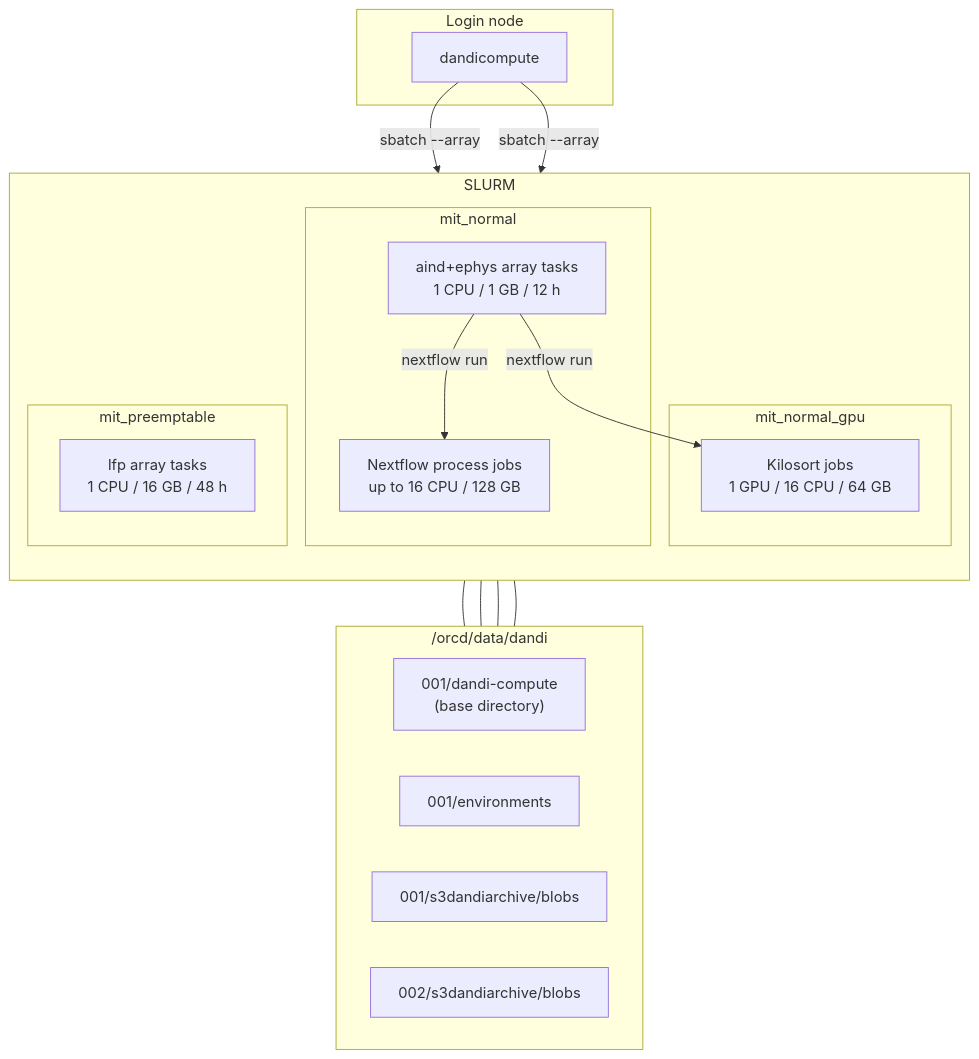
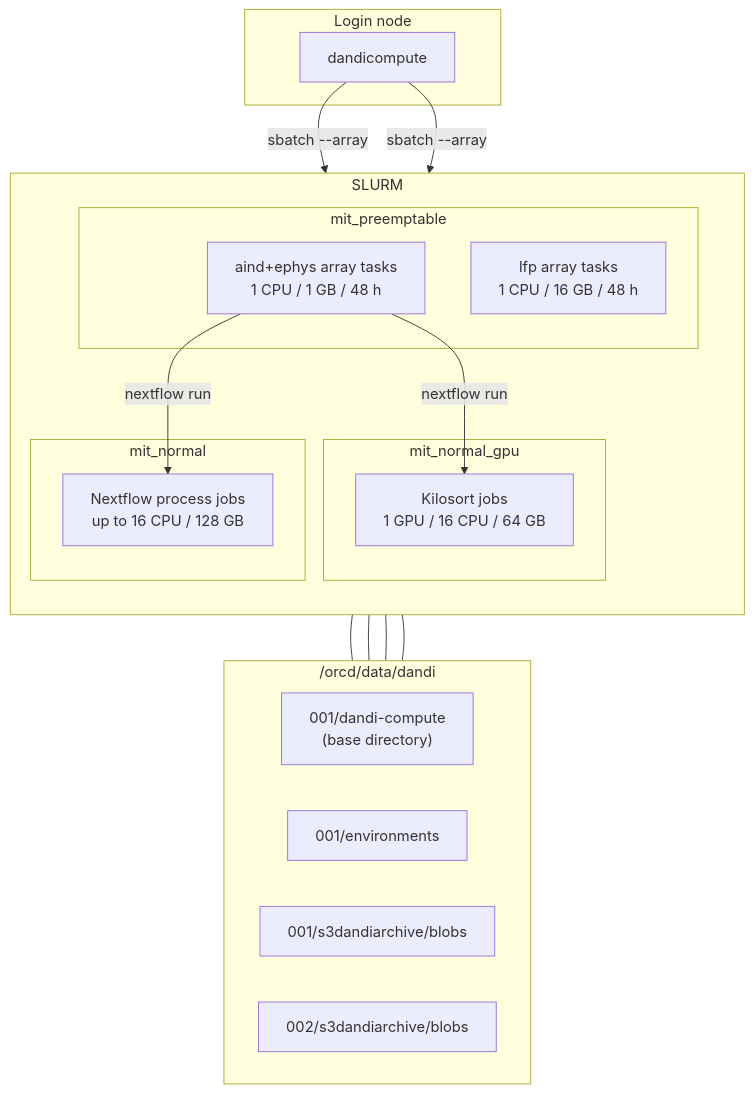
Before and after one commit to dandi-compute/dandi-compute-core: the diagram in docs/infrastructure.md, drawn with Mermaid. The commit also changed other lines of this file and 13 other files, not shown here.

````diff
--- a/docs/infrastructure.md
+++ b/docs/infrastructure.md
@@ -7,32 +7,32 @@
 ```mermaid
 flowchart TB
     subgraph login["Login node"]
         CLI["dandicompute"]
     end
 
     subgraph slurm["SLURM"]
         direction TB
         subgraph normal["mit_normal"]
-            AARR["aind+ephys array tasks<br/>1 CPU / 1 GB / 12 h"]
             NF["Nextflow process jobs<br/>up to 16 CPU / 128 GB"]
         end
         subgraph gpu["mit_normal_gpu"]
             KS["Kilosort jobs<br/>1 GPU / 16 CPU / 64 GB"]
         end
         subgraph pre["mit_preemptable"]
+            AARR["aind+ephys array tasks<br/>1 CPU / 1 GB / 48 h"]
             LARR["lfp array tasks<br/>1 CPU / 16 GB / 48 h"]
         end
     end
 
     subgraph storage["/orcd/data/dandi"]
         direction LR
         BASE["001/dandi-compute<br/>(base directory)"]
         ENVS["001/environments"]
         BLOB1["001/s3dandiarchive/blobs"]
         BLOB2["002/s3dandiarchive/blobs"]
     end
 
     CLI -- "sbatch --array" --> AARR & LARR
     AARR -- "nextflow run" --> NF & KS
     AARR & LARR & NF & KS --- storage
 ```
````
